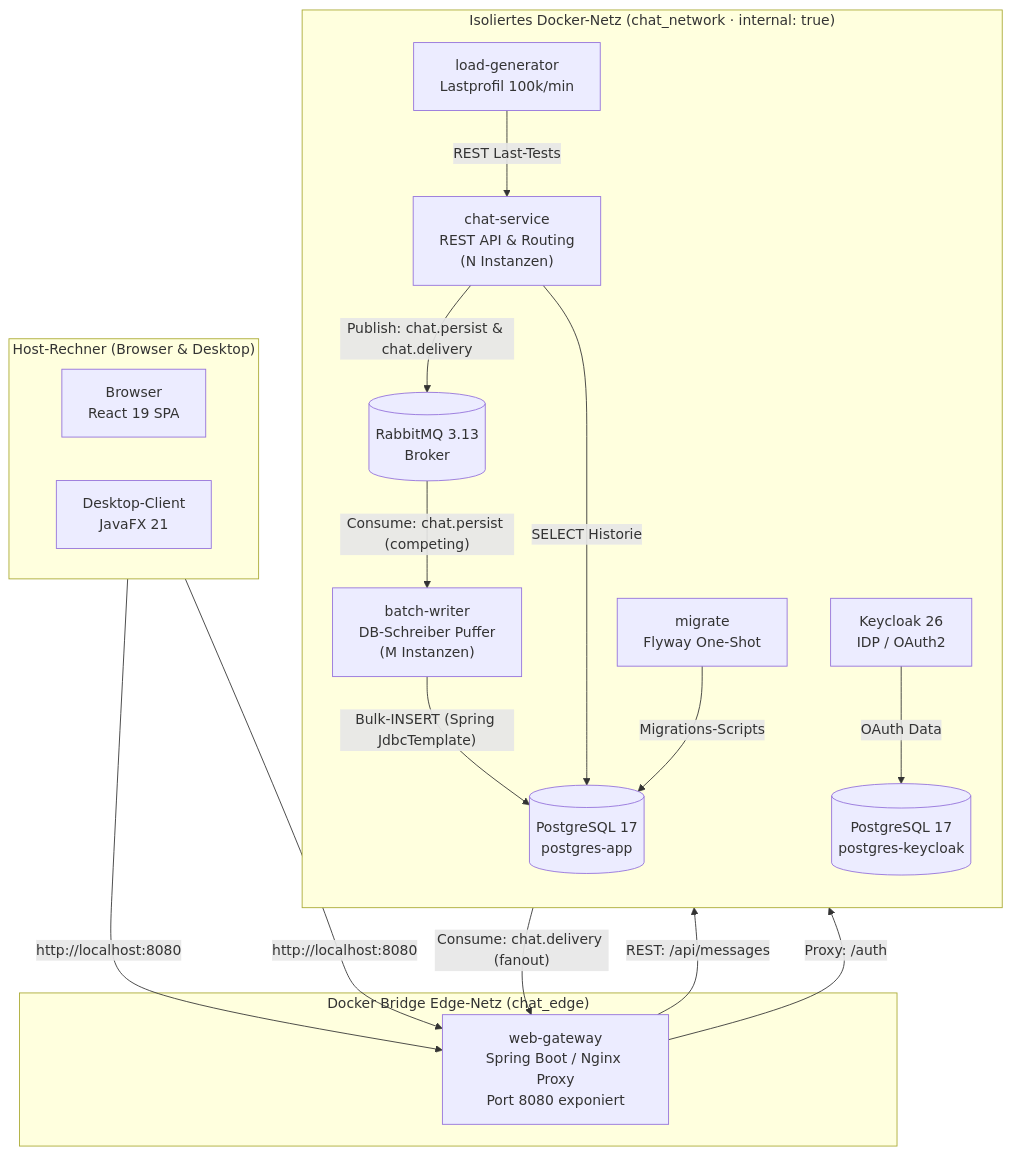
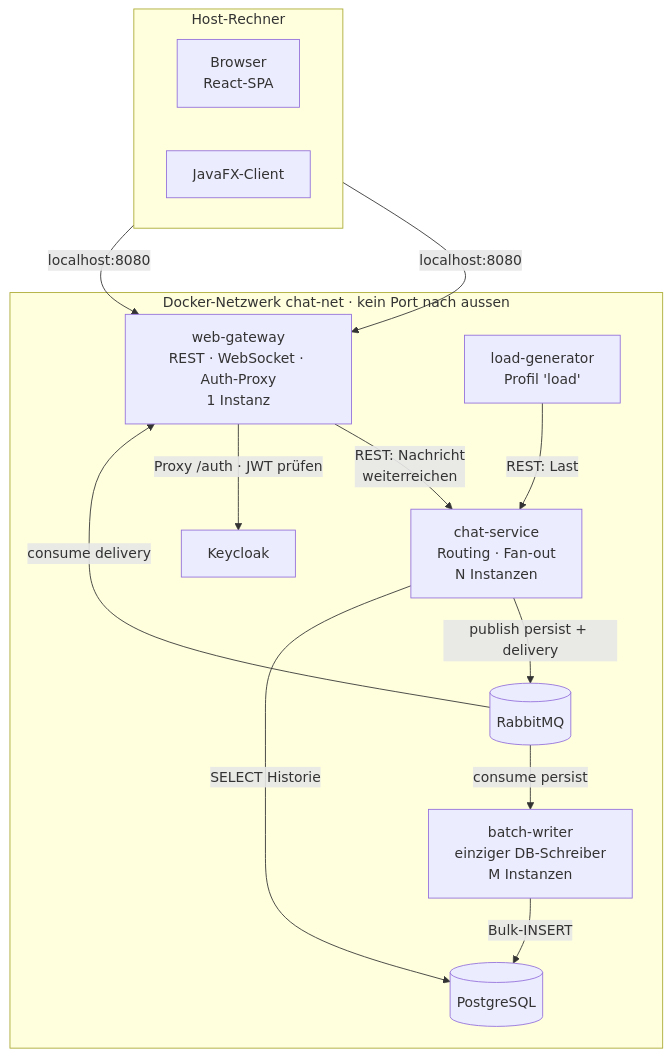
One commit to Vidrai/it3c-m321 changed the first of 5 diagrams in PLANUNG.md. Above: the diagram before and after it, drawn with Mermaid. The commit also changed other lines of this file and 5 other files, not shown here.

````diff
--- a/PLANUNG.md
+++ b/PLANUNG.md
@@ -57,38 +63,30 @@
 ```mermaid
 flowchart TB
-    subgraph Host["Host-Rechner (Browser & Desktop)"]
+    subgraph Host["Host-Rechner"]
         direction LR
-        Browser["Browser<br/>React 19 SPA"]
-        Desktop["Desktop-Client<br/>JavaFX 21"]
+        Browser["Browser<br/>React-SPA"]
+        Desktop["JavaFX-Client"]
     end
 
-    Browser -->|"http://localhost:8080"| GW
-    Desktop -->|"http://localhost:8080"| GW
+    Browser -->|"localhost:8080"| GW
+    Desktop -->|"localhost:8080"| GW
 
-    subgraph EdgeNet["Docker Bridge Edge-Netz (chat_edge)"]
-        GW["web-gateway<br/>Spring Boot / Nginx Proxy<br/>Port 8080 exponiert"]
-    end
+    subgraph Net["Docker-Netzwerk chat-net · kein Port nach aussen"]
+        GW["web-gateway<br/>REST · WebSocket · Auth-Proxy<br/>1 Instanz"]
+        LG["load-generator<br/>Profil 'load'"]
+        MQ[("RabbitMQ")]
+        CS["chat-service<br/>Routing · Fan-out<br/>N Instanzen"]
+        BW["batch-writer<br/>einziger DB-Schreiber<br/>M Instanzen"]
+        DB[("PostgreSQL")]
+        KC["Keycloak"]
 
-    subgraph IntNet["Isoliertes Docker-Netz (chat_network · internal: true)"]
-        direction TB
-        CS["chat-service<br/>REST API & Routing<br/>(N Instanzen)"]
-        BW["batch-writer<br/>DB-Schreiber Puffer<br/>(M Instanzen)"]
-        MQ[("RabbitMQ 3.13<br/>Broker")]
-        DBApp[("PostgreSQL 17<br/>postgres-app")]
-        DBKC[("PostgreSQL 17<br/>postgres-keycloak")]
-        KC["Keycloak 26<br/>IDP / OAuth2"]
-        MIG["migrate<br/>Flyway One-Shot"]
-        LG["load-generator<br/>Lastprofil 100k/min"]
-
-        GW -->|"REST: /api/messages"| CS
-        GW -->|"Proxy: /auth"| KC
-        CS -->|"Publish: chat.persist & chat.delivery"| MQ
-        MQ -->|"Consume: chat.delivery (fanout)"| GW
-        MQ -->|"Consume: chat.persist (competing)"| BW
-        BW -->|"Bulk-INSERT (Spring JdbcTemplate)"| DBApp
-        CS -->|"SELECT Historie"| DBApp
-        MIG -->|"Migrations-Scripts"| DBApp
-        KC -->|"OAuth Data"| DBKC
-        LG -->|"REST Last-Tests"| CS
+        GW -->|"REST: Nachricht<br/>weiterreichen"| CS
+        LG -->|"REST: Last"| CS
+        CS -->|"publish persist + delivery"| MQ
+        MQ -->|"consume delivery"| GW
+        MQ -->|"consume persist"| BW
+        BW -->|"Bulk-INSERT"| DB
+        CS -->|"SELECT Historie"| DB
+        GW -->|"Proxy /auth · JWT prüfen"| KC
     end
 ```
````
